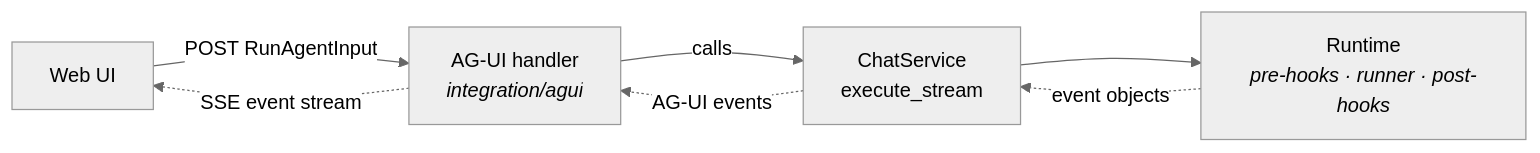
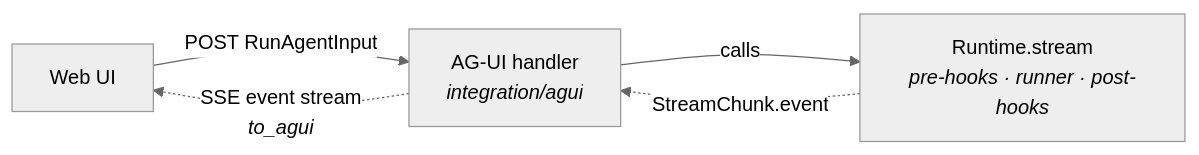
The diagram in docs/specs/523-ag-ui-support/design.md (yaalalabs/agent-kernel), drawn with Mermaid (neutral theme) before and after one commit. The commit also changed other lines of this file and 3 other files, not shown here.

````diff
--- a/docs/specs/523-ag-ui-support/design.md
+++ b/docs/specs/523-ag-ui-support/design.md
@@ -64,14 +64,11 @@
 ```mermaid
 flowchart LR
     UI["Web UI"]
     H["AG-UI handler<br/><i>integration/agui</i>"]
-    CS["ChatService<br/>execute_stream"]
-    RT["Runtime<br/><i>pre-hooks · runner · post-hooks</i>"]
+    RT["Runtime.stream<br/><i>pre-hooks · runner · post-hooks</i>"]
 
     UI -- "POST RunAgentInput" --> H
-    H -- "calls" --> CS
-    CS --> RT
-    RT -. "event objects" .-> CS
-    CS -. "AG-UI events" .-> H
-    H -. "SSE event stream" .-> UI
+    H -- "calls" --> RT
+    RT -. "StreamChunk.event" .-> H
+    H -. "SSE event stream<br/><i>to_agui</i>" .-> UI
 ```
````
